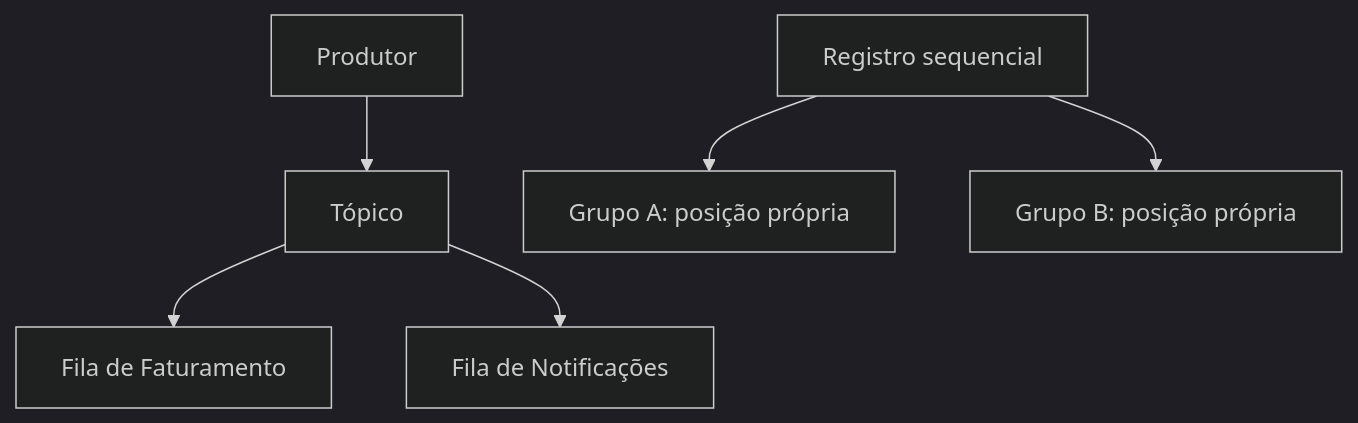
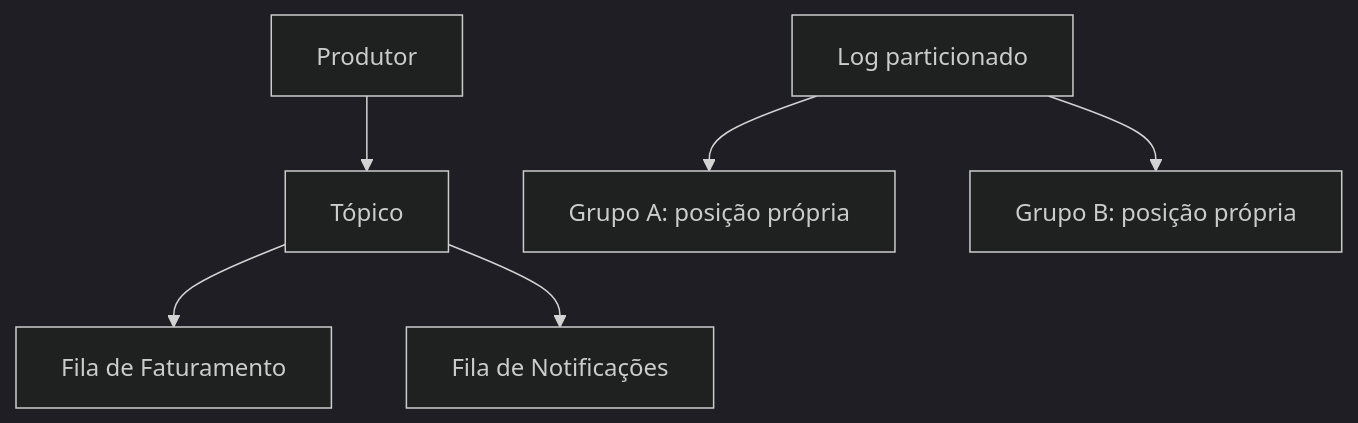
The third of 3 diagrams in docs/modulo-5-eventos/conceitos.md (marco-mendes/arquitetura-software), drawn with Mermaid (dark theme) before and after one commit. The commit also changed other lines of this file, not shown here.

First line of the commit message:
docs(mod5): restaura "log distribuído" como nome do conceito

````diff
--- a/docs/modulo-5-eventos/conceitos.md
+++ b/docs/modulo-5-eventos/conceitos.md
@@ -155,8 +155,8 @@
 ```mermaid
 flowchart TB
     P[Produtor] --> X[Tópico]
     X --> Q1[Fila de Faturamento]
     X --> Q2[Fila de Notificações]
-    L[Registro sequencial] --> G1[Grupo A: posição própria]
+    L[Log particionado] --> G1[Grupo A: posição própria]
     L --> G2[Grupo B: posição própria]
 ```
````
